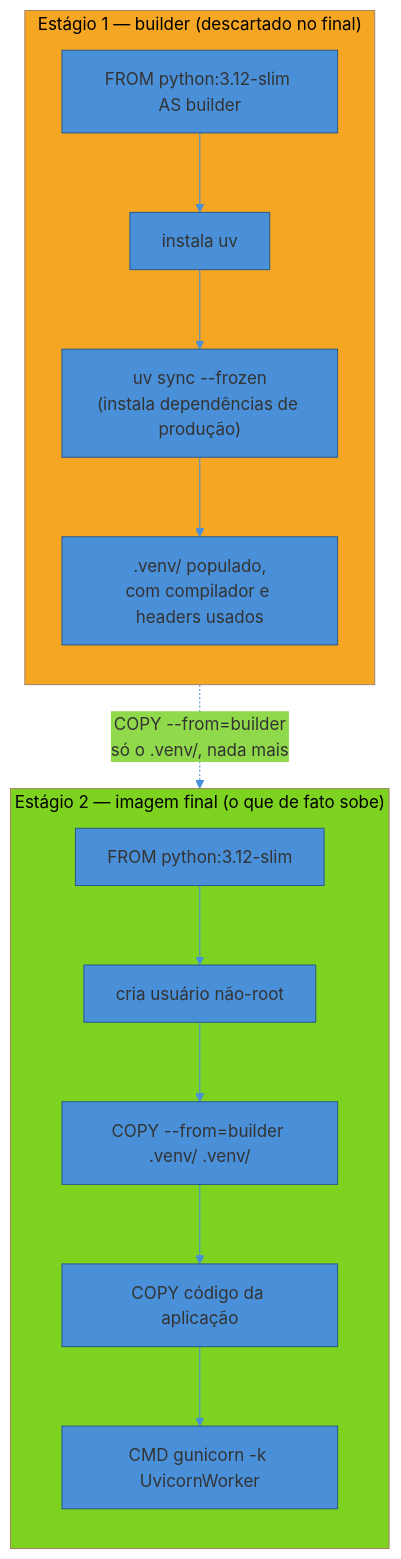
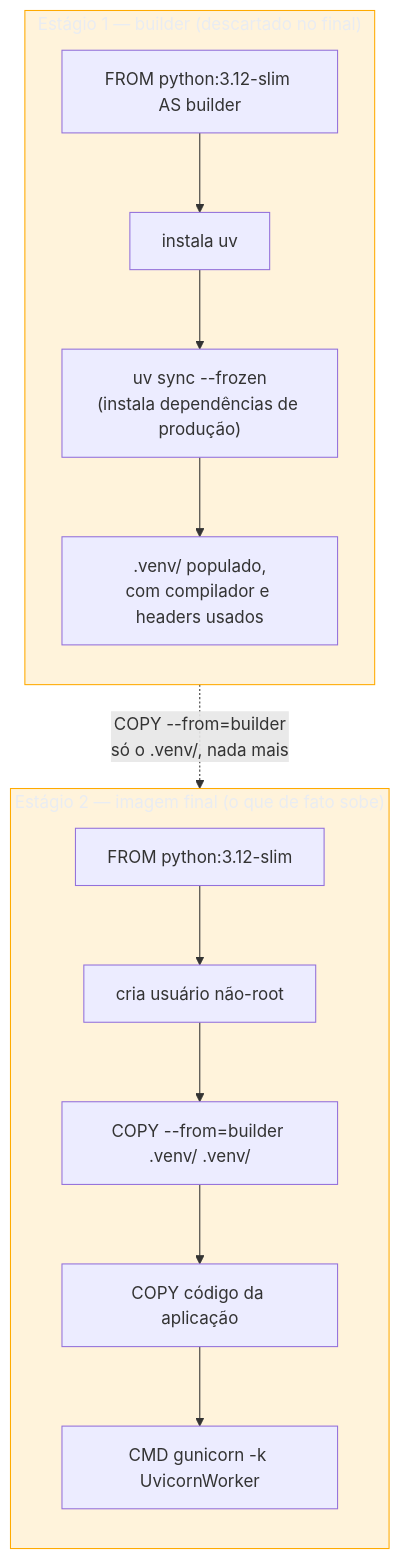
Before and after one commit to josenaldo/codex-technomanticus: the first of 2 diagrams in 03-Dominios/Tecnologia/Python/Observabilidade e produção/07 - Deploy básico — Dockerfile e CI-CD.md, drawn with Mermaid. The commit also changed other lines of this file and 1181 other files, not shown here.

First line of the commit message:
fix(diagramas): paleta do sistema no lugar de cor cravada no markdown

````diff
--- a/03-Dominios/Tecnologia/Python/Observabilidade e produção/07 - Deploy básico — Dockerfile e CI-CD.md
+++ b/03-Dominios/Tecnologia/Python/Observabilidade e produção/07 - Deploy básico — Dockerfile e CI-CD.md
@@ -63,27 +63,27 @@
 ```mermaid
-%%{init: {"theme": "base", "themeVariables": {"primaryColor": "#4A90D9", "primaryBorderColor": "#2E5C8A", "lineColor": "#4A90D9"}}}%%
 flowchart TB
+    classDef destaque fill:#FFAA0024,stroke:#FFAA00,color:#E9ECF2
     subgraph BUILD["Estágio 1 — builder (descartado no final)"]
         direction TB
         B1["FROM python:3.12-slim AS builder"]
         B2["instala uv"]
         B3["uv sync --frozen<br/>(instala dependências de produção)"]
         B4[".venv/ populado,<br/>com compilador e headers usados"]
         B1 --> B2 --> B3 --> B4
     end
 
     subgraph FINAL["Estágio 2 — imagem final (o que de fato sobe)"]
         direction TB
         F1["FROM python:3.12-slim"]
         F2["cria usuário não-root"]
         F3["COPY --from=builder .venv/ .venv/"]
         F4["COPY código da aplicação"]
         F5["CMD gunicorn -k UvicornWorker"]
         F1 --> F2 --> F3 --> F4 --> F5
     end
 
     B4 -.->|"COPY --from=builder<br/>só o .venv/, nada mais"| F3
 
-    style BUILD fill:#F5A623,color:#000
-    style FINAL fill:#7ED321,color:#000
+    class BUILD destaque
+    class FINAL destaque
 ```
````
